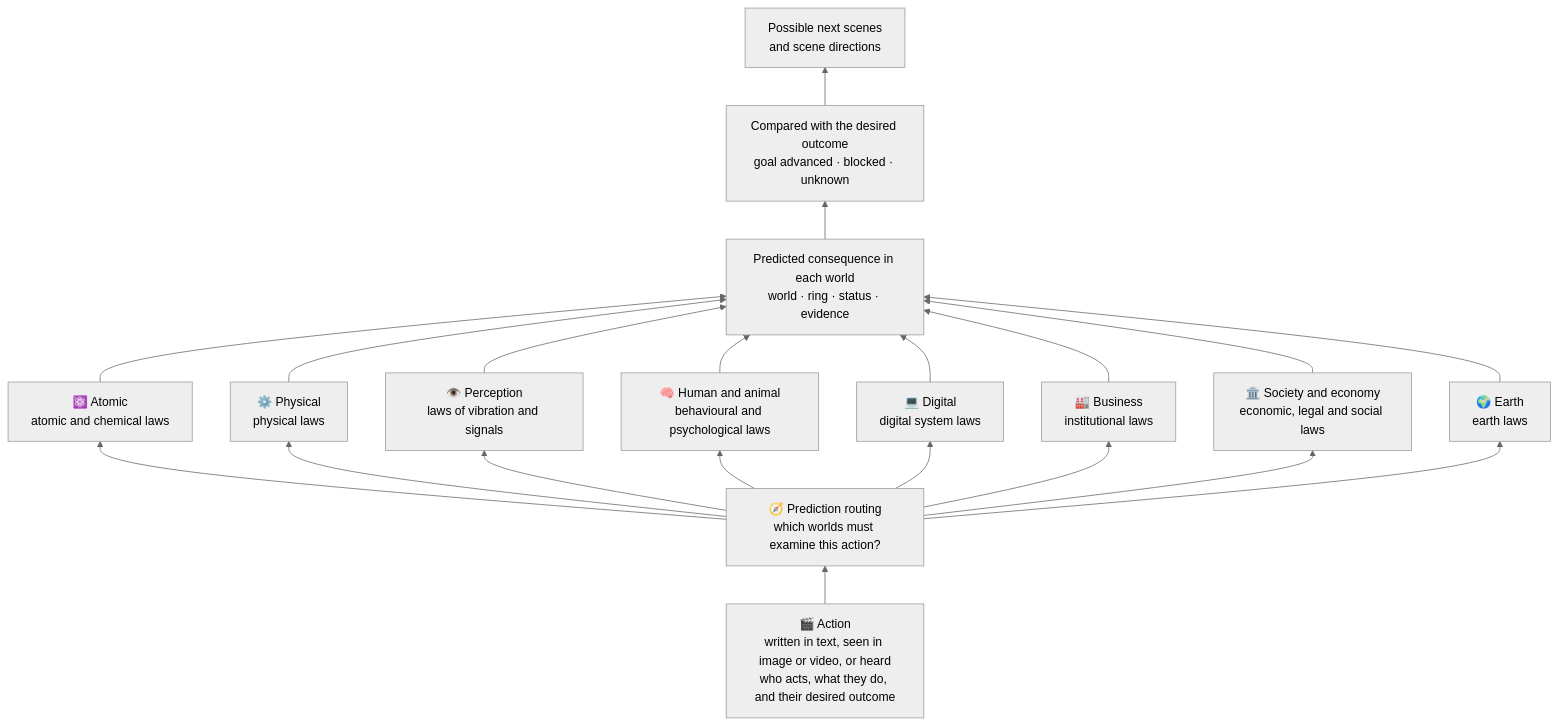
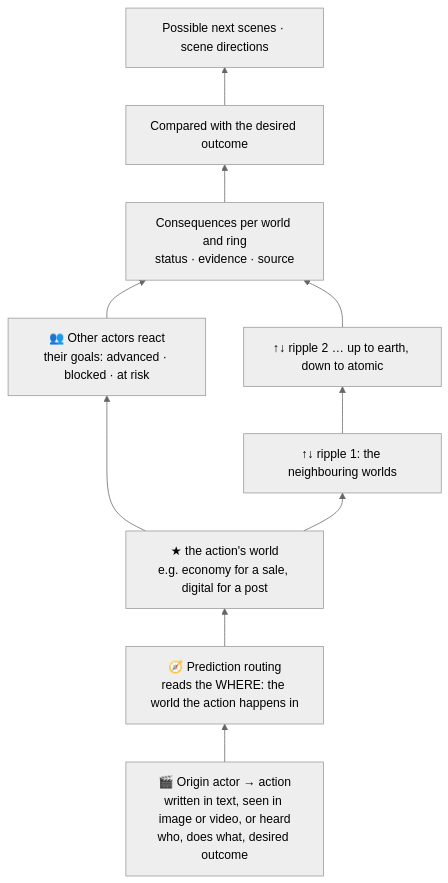
One commit to Sherlock2019/ACM changed the first of 2 diagrams in README.md. Above: the diagram before and after it, drawn with Mermaid (neutral theme). The commit also changed other lines of this file, not shown here.

Commit message:
README: concise rewrite around the Butterfly Model; remove duplicates, fix out-of-date counts, cascade flowchart

````diff
--- a/README.md
+++ b/README.md
@@ -144,15 +100,12 @@
 ```mermaid
 flowchart BT
-    A["🎬 Action<br/>written in text, seen in image or video, or heard<br/>who acts, what they do, and their desired outcome"] --> R["🧭 Prediction routing<br/>which worlds must examine this action?"]
-    R --> W1["⚛️ Atomic<br/>atomic and chemical laws"]
-    R --> W2["⚙️ Physical<br/>physical laws"]
-    R --> W3["👁️ Perception<br/>laws of vibration and signals"]
-    R --> W4["🧠 Human and animal<br/>behavioural and psychological laws"]
-    R --> W5["💻 Digital<br/>digital system laws"]
-    R --> W6["🏭 Business<br/>institutional laws"]
-    R --> W7["🏛️ Society and economy<br/>economic, legal and social laws"]
-    R --> W8["🌍 Earth<br/>earth laws"]
-    W1 & W2 & W3 & W4 & W5 & W6 & W7 & W8 --> C["Predicted consequence in each world<br/>world · ring · status · evidence"]
-    C --> G["Compared with the desired outcome<br/>goal advanced · blocked · unknown"]
-    G --> N["Possible next scenes<br/>and scene directions"]
+    A["🎬 Origin actor → action<br/>written in text, seen in image or video, or heard<br/>who, does what, desired outcome"] --> R["🧭 Prediction routing<br/>reads the WHERE: the world the action happens in"]
+    R --> O["★ the action's world<br/>e.g. economy for a sale, digital for a post"]
+    O --> P["👥 Other actors react<br/>their goals: advanced · blocked · at risk"]
+    O --> C1["↑↓ ripple 1: the neighbouring worlds"]
+    C1 --> C2["↑↓ ripple 2 … up to earth, down to atomic"]
+    P --> REP["Consequences per world and ring<br/>status · evidence · source"]
+    C2 --> REP
+    REP --> G["Compared with the desired outcome"]
+    G --> N["Possible next scenes · scene directions"]
 ```
````
